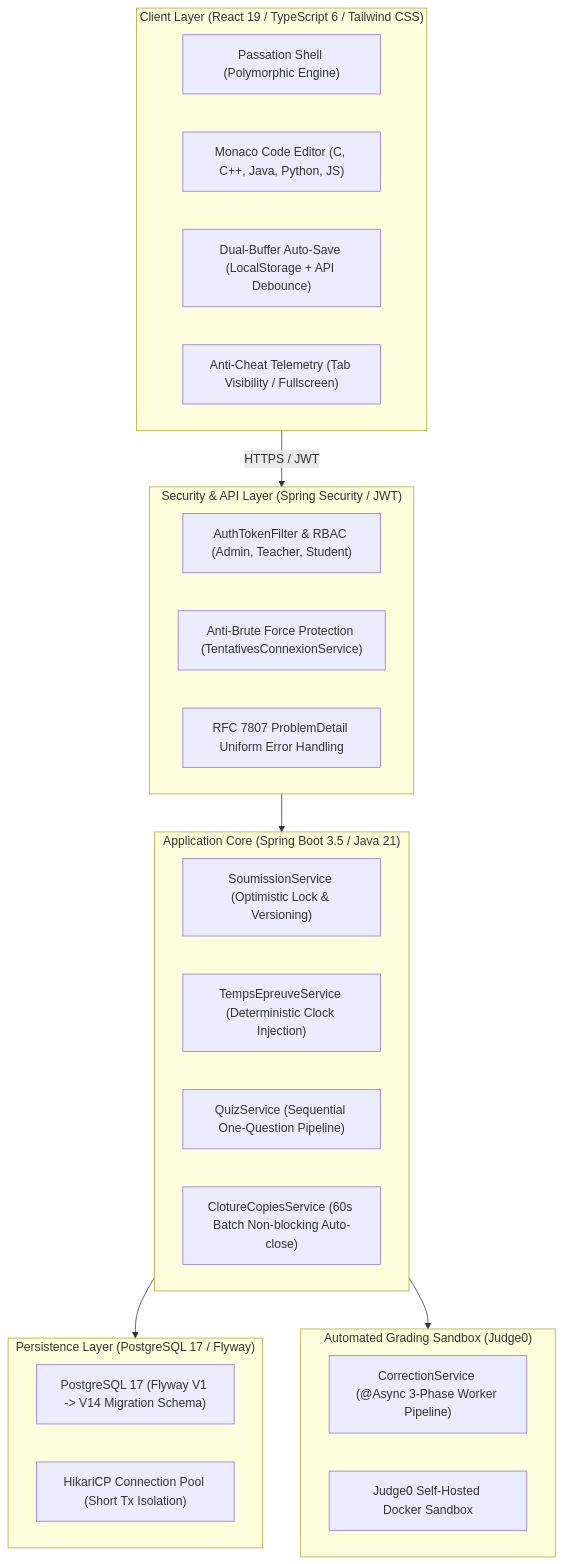
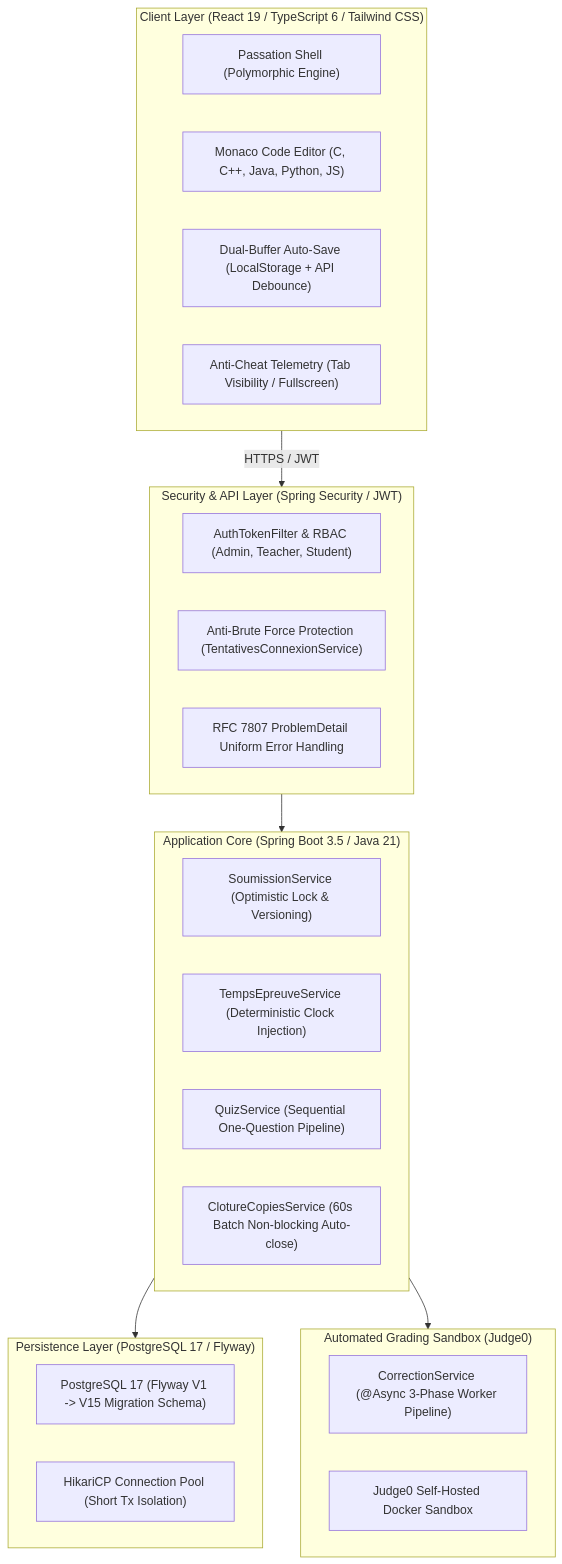
The diagram in README.md (MorLeye75/eval-platform), drawn with Mermaid before and after one commit. The commit also changed other lines of this file and 24 other files, not shown here.

````diff
--- a/README.md
+++ b/README.md
@@ -20,37 +20,37 @@
 ```mermaid
 flowchart TD
     subgraph Client ["Client Layer (React 19 / TypeScript 6 / Tailwind CSS)"]
         A["Passation Shell (Polymorphic Engine)"]
         B["Monaco Code Editor (C, C++, Java, Python, JS)"]
         C["Dual-Buffer Auto-Save (LocalStorage + API Debounce)"]
         D["Anti-Cheat Telemetry (Tab Visibility / Fullscreen)"]
     end
 
     subgraph Gateway ["Security & API Layer (Spring Security / JWT)"]
         E["AuthTokenFilter & RBAC (Admin, Teacher, Student)"]
         F["Anti-Brute Force Protection (TentativesConnexionService)"]
         G["RFC 7807 ProblemDetail Uniform Error Handling"]
     end
 
     subgraph Core ["Application Core (Spring Boot 3.5 / Java 21)"]
         H["SoumissionService (Optimistic Lock & Versioning)"]
         I["TempsEpreuveService (Deterministic Clock Injection)"]
         J["QuizService (Sequential One-Question Pipeline)"]
         K["ClotureCopiesService (60s Batch Non-blocking Auto-close)"]
     end
 
     subgraph Sandbox ["Automated Grading Sandbox (Judge0)"]
         L["CorrectionService (@Async 3-Phase Worker Pipeline)"]
         M["Judge0 Self-Hosted Docker Sandbox"]
     end
 
     subgraph Data ["Persistence Layer (PostgreSQL 17 / Flyway)"]
-        N["PostgreSQL 17 (Flyway V1 -> V14 Migration Schema)"]
+        N["PostgreSQL 17 (Flyway V1 -> V15 Migration Schema)"]
         O["HikariCP Connection Pool (Short Tx Isolation)"]
     end
 
     Client -->|HTTPS / JWT| Gateway
     Gateway --> Core
     Core --> Data
     Core --> Sandbox
 ```
````
